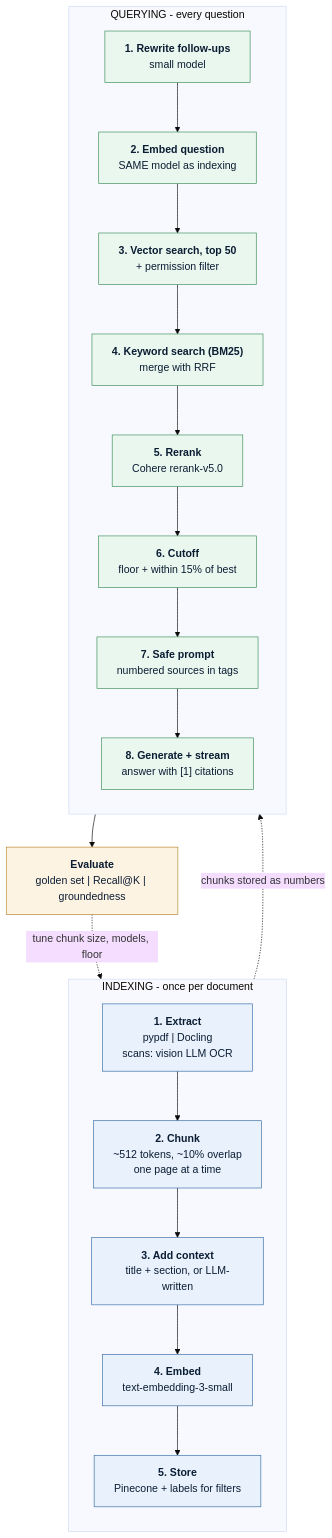
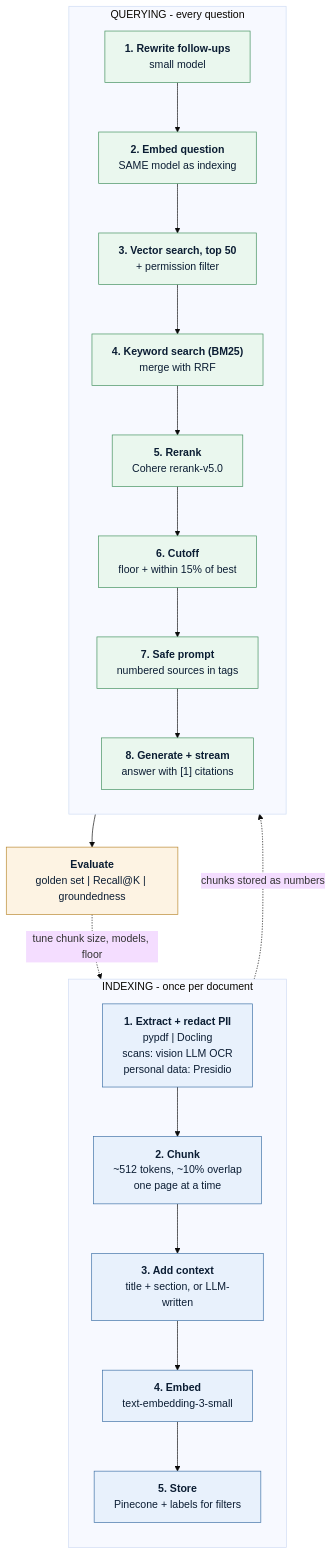
The diagram in RAG.md (imran-ahmed377/prep-codex), drawn with Mermaid (base theme) before and after one commit. The commit also changed other lines of this file and 2 other files, not shown here.

````diff
--- a/RAG.md
+++ b/RAG.md
@@ -1321,37 +1556,37 @@
 ```mermaid
 flowchart TD
     subgraph IDX["INDEXING - once per document"]
         direction TB
-        I1["<b>1. Extract</b><br/>pypdf | Docling<br/>scans: vision LLM OCR"]
+        I1["<b>1. Extract + redact PII</b><br/>pypdf | Docling<br/>scans: vision LLM OCR<br/>personal data: Presidio"]
         I2["<b>2. Chunk</b><br/>~512 tokens, ~10% overlap<br/>one page at a time"]
         I3["<b>3. Add context</b><br/>title + section, or LLM-written"]
         I4["<b>4. Embed</b><br/>text-embedding-3-small"]
         I5["<b>5. Store</b><br/>Pinecone + labels for filters"]
         I1 --> I2 --> I3 --> I4 --> I5
     end
 
     I5 -.->|"chunks stored as numbers"| Q3
 
     subgraph QRY["QUERYING - every question"]
         direction TB
         Q1["<b>1. Rewrite follow-ups</b><br/>small model"]
         Q2["<b>2. Embed question</b><br/>SAME model as indexing"]
         Q3["<b>3. Vector search, top 50</b><br/>+ permission filter"]
         Q4["<b>4. Keyword search (BM25)</b><br/>merge with RRF"]
         Q5["<b>5. Rerank</b><br/>Cohere rerank-v5.0"]
         Q6["<b>6. Cutoff</b><br/>floor + within 15% of best"]
         Q7["<b>7. Safe prompt</b><br/>numbered sources in tags"]
         Q8["<b>8. Generate + stream</b><br/>answer with [1] citations"]
         Q1 --> Q2 --> Q3 --> Q4 --> Q5 --> Q6 --> Q7 --> Q8
     end
 
     Q8 --> EV["<b>Evaluate</b><br/>golden set | Recall@K | groundedness"]
     EV -.->|"tune chunk size, models, floor"| I2
 
     classDef ingest fill:#e8f1fc,stroke:#3b6ea5,stroke-width:1px,color:#0b1d33
     classDef query  fill:#eaf7ee,stroke:#3f8f5b,stroke-width:1px,color:#0b1d33
     classDef eval   fill:#fdf3e3,stroke:#b8862b,stroke-width:1px,color:#0b1d33
     class I1,I2,I3,I4,I5 ingest
     class Q1,Q2,Q3,Q4,Q5,Q6,Q7,Q8 query
     class EV eval
 ```
````
